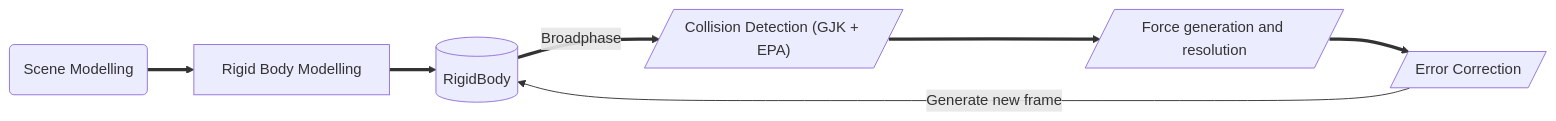
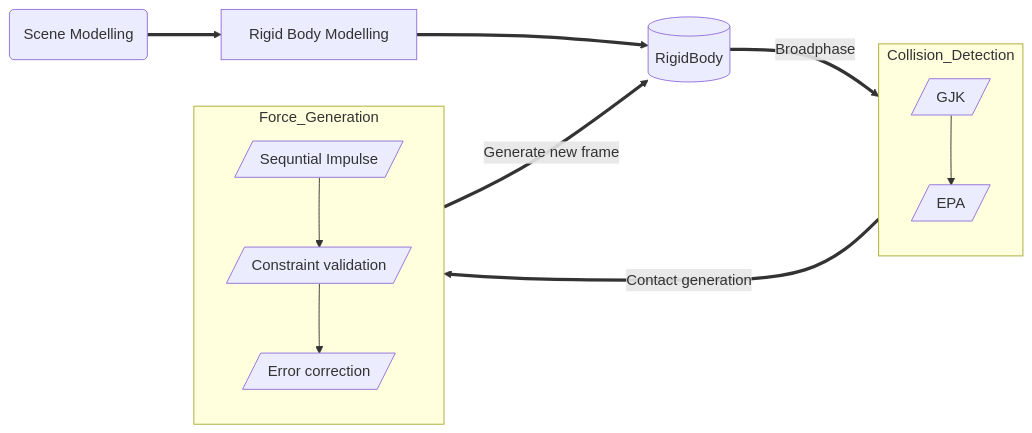
One commit to agopinath1996/Physics-Engine changed the diagram in README.md. Above: the diagram before and after it, drawn with Mermaid.

````diff
--- a/README.md
+++ b/README.md
@@ -3,10 +3,17 @@
 ```mermaid
 flowchart LR
+    subgraph Collision_Detection
+        direction TB
+        paraI[/"GJK"/] --> paraJ[/"EPA"/]
+    end
+    subgraph Force_Generation
+        direction TB
+        paraK[/"Sequntial Impulse"/] --> paraM[/"Constraint validation"/]-->paraL[/"Error correction"/]
+    end
     H(Scene Modelling)==>A
     A[Rigid Body Modelling] ==>dbE[("RigidBody")]
-    dbE==>|Broadphase| paraB[/"Collision Detection (GJK + EPA)"/]
-    paraB ==> paraC[/"Force generation and resolution"/]
-    paraC ==>paraD[/"Error Correction"/]
-    paraD -->|Generate new frame|dbE
+    dbE==>|Broadphase|Collision_Detection
+    Collision_Detection ==> |Contact generation|Force_Generation
+    Force_Generation ==>|Generate new frame|dbE
 
 ```
````
